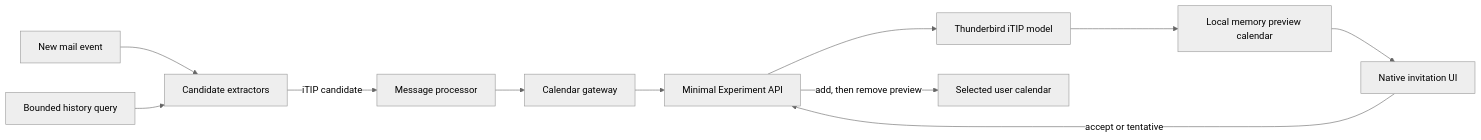
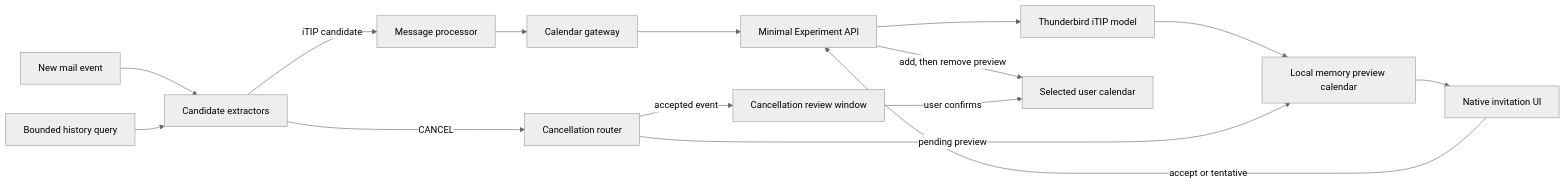
The diagram in docs/architecture.md (PM84/thunderbird-invite-preview), drawn with Mermaid (neutral theme) before and after one commit. The commit also changed other lines of this file and 32 other files, not shown here.

First line of the commit message:
Add cancellation review workflow

````diff
--- a/docs/architecture.md
+++ b/docs/architecture.md
@@ -3,13 +3,17 @@
 ```mermaid
 flowchart LR
   Mail[New mail event] --> Extractors[Candidate extractors]
   History[Bounded history query] --> Extractors
   Extractors -->|iTIP candidate| Processor[Message processor]
   Processor --> Gateway[Calendar gateway]
   Gateway --> Experiment[Minimal Experiment API]
   Experiment --> ITIP[Thunderbird iTIP model]
   ITIP --> Preview[Local memory preview calendar]
   Preview --> NativeUI[Native invitation UI]
   NativeUI -->|accept or tentative| Experiment
   Experiment -->|add, then remove preview| Calendar[Selected user calendar]
+  Extractors -->|CANCEL| CancelRouter[Cancellation router]
+  CancelRouter -->|pending preview| Preview
+  CancelRouter -->|accepted event| Review[Cancellation review window]
+  Review -->|user confirms| Calendar
 ```
````
